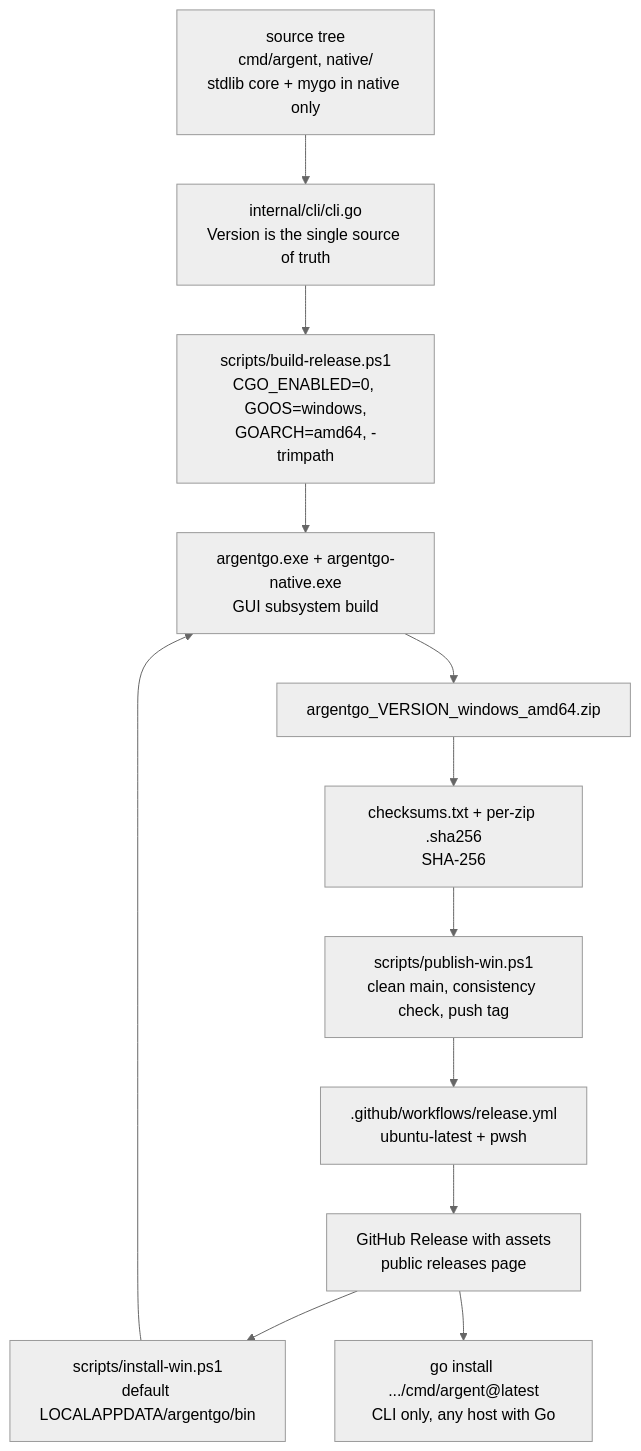
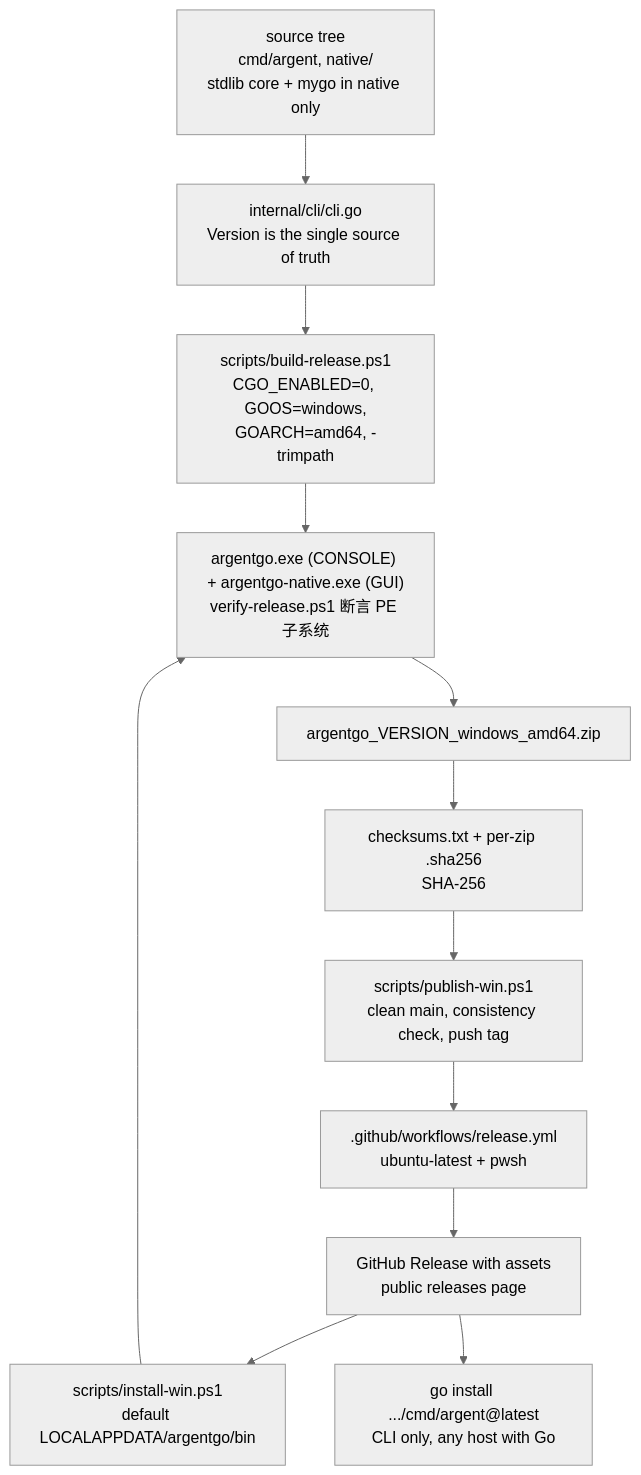
Before and after one commit to 2118505078xyh1/argentgo: the fifth of 5 diagrams in docs/TECHNICAL.md, drawn with Mermaid (neutral theme). The commit also changed 3 other files, not shown here.

First line of the commit message:
build: ship the CLI as a console-subsystem binary

````diff
--- a/docs/TECHNICAL.md
+++ b/docs/TECHNICAL.md
@@ -251,21 +251,21 @@
 ```mermaid
 flowchart TB
   SRC["source tree<br/>cmd/argent, native/<br/>stdlib core + mygo in native only"]
   VER["internal/cli/cli.go<br/>Version is the single source of truth"]
   BUILD["scripts/build-release.ps1<br/>CGO_ENABLED=0, GOOS=windows,<br/>GOARCH=amd64, -trimpath"]
-  BIN["argentgo.exe + argentgo-native.exe<br/>GUI subsystem build"]
+  BIN["argentgo.exe (CONSOLE) + argentgo-native.exe (GUI)<br/>verify-release.ps1 断言 PE 子系统"]
   ZIP["argentgo_VERSION_windows_amd64.zip"]
   SUMS["checksums.txt + per-zip .sha256<br/>SHA-256"]
   PUB["scripts/publish-win.ps1<br/>clean main, consistency check, push tag"]
   CI[".github/workflows/release.yml<br/>ubuntu-latest + pwsh"]
   REL["GitHub Release with assets<br/>public releases page"]
   INST["scripts/install-win.ps1<br/>default LOCALAPPDATA/argentgo/bin"]
   GOI["go install .../cmd/argent@latest<br/>CLI only, any host with Go"]
 
   SRC --> VER --> BUILD --> BIN
   BIN --> ZIP --> SUMS --> PUB
   PUB --> CI --> REL
   REL --> INST
   REL --> GOI
   INST --> BIN
 ```
````
